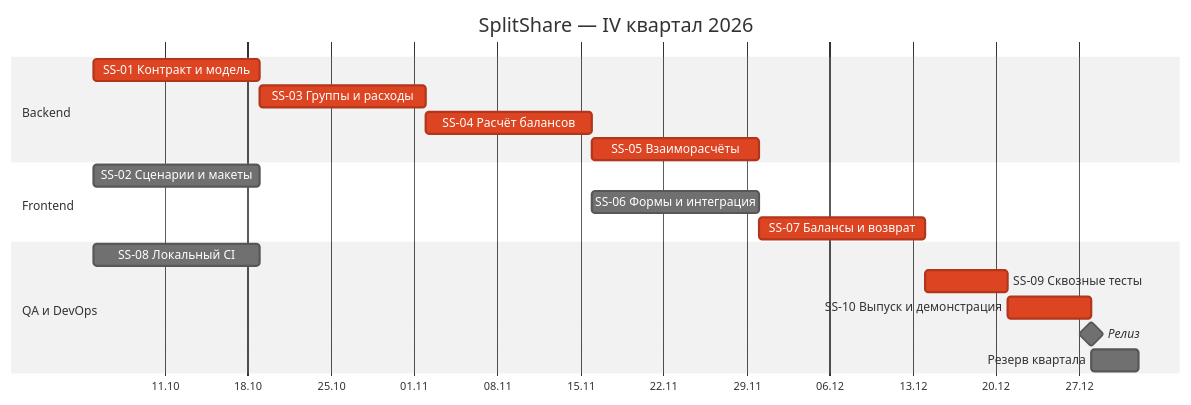
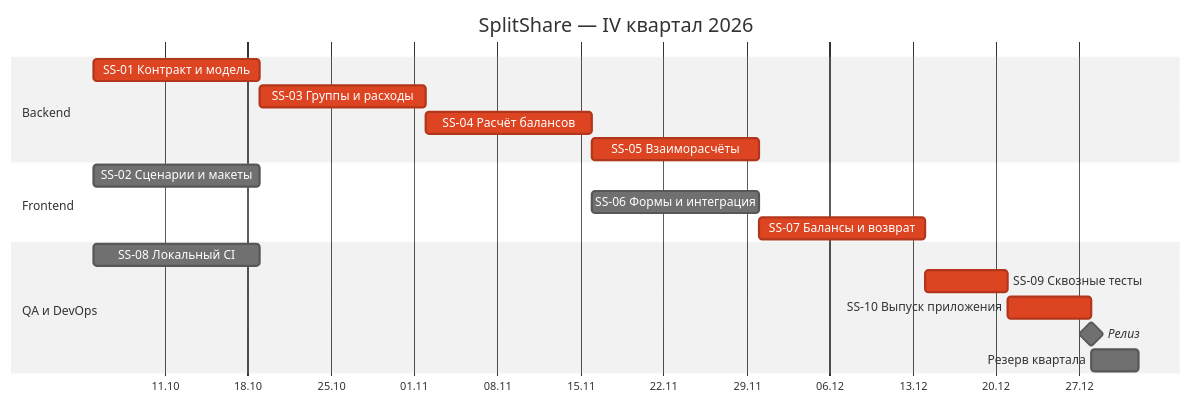
Before and after one commit to eductionnn-netizen/splitshare: the first of 2 diagrams in wiki/Quarter-plan.md, drawn with Mermaid (neutral theme). The commit also changed other lines of this file and 7 other files, not shown here.

````diff
--- a/wiki/Quarter-plan.md
+++ b/wiki/Quarter-plan.md
@@ -26,21 +25,21 @@
 ```mermaid
 gantt
     title SplitShare — IV квартал 2026
     dateFormat YYYY-MM-DD
     axisFormat %d.%m
     section Backend
     SS-01 Контракт и модель          :crit, contract, 2026-10-05, 14d
     SS-03 Группы и расходы           :crit, expenses, after contract design, 14d
     SS-04 Расчёт балансов            :crit, balances, after expenses, 14d
     SS-05 Взаиморасчёты              :crit, settlements, after balances, 14d
     section Frontend
     SS-02 Сценарии и макеты          :design, 2026-10-05, 14d
     SS-06 Формы и интеграция         :forms, after balances design, 14d
     SS-07 Балансы и возврат          :crit, dashboard, after settlements forms, 14d
     section QA и DevOps
     SS-08 Локальный CI               :pipeline, 2026-10-05, 14d
     SS-09 Сквозные тесты             :crit, e2e, after dashboard pipeline, 7d
-    SS-10 Выпуск и демонстрация      :crit, release, after e2e, 7d
+    SS-10 Выпуск приложения          :crit, release, after e2e, 7d
     Релиз                           :milestone, after release, 0d
     Резерв квартала                  :buffer, 2026-12-28, 4d
 ```
````
